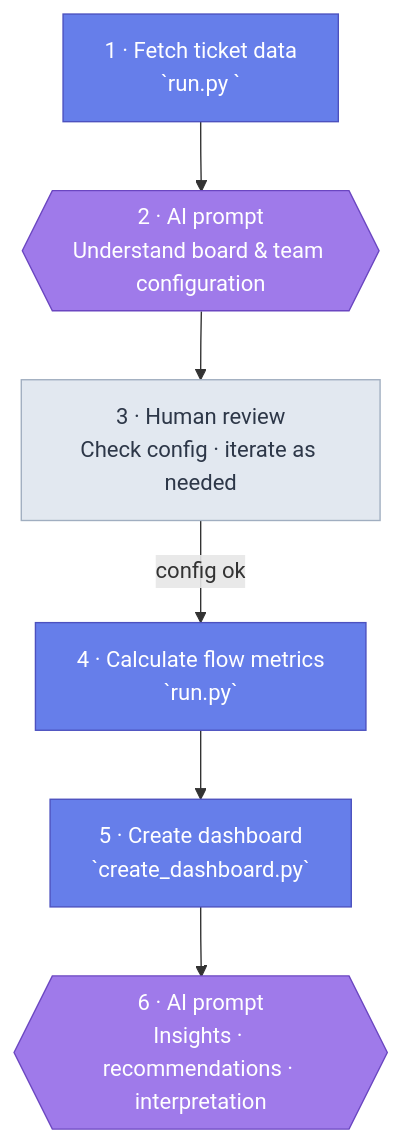
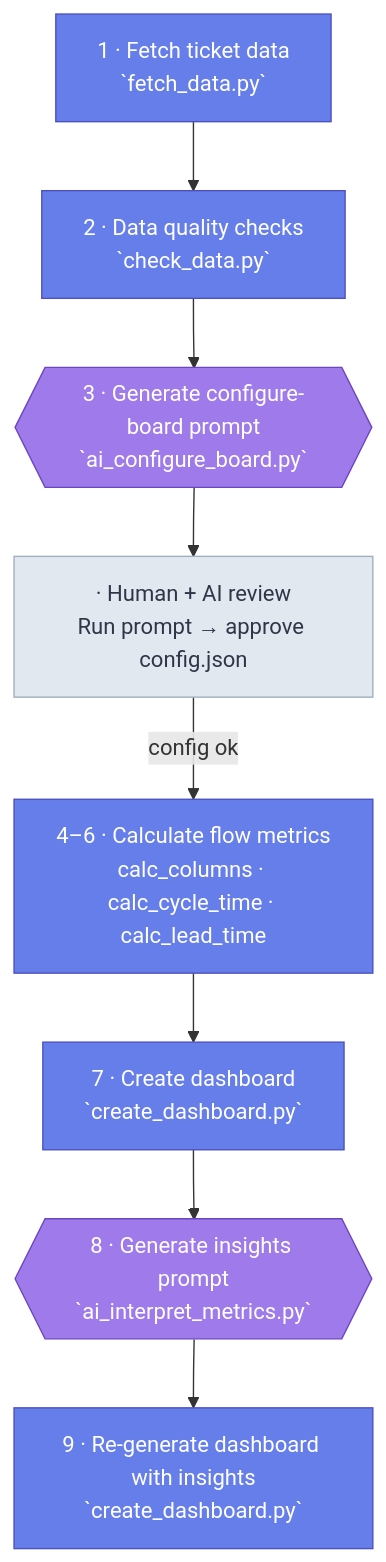
One commit to asos-davidmichel/ai-flow-metrics changed the diagram in README.md. Above: the diagram before and after it, drawn with Mermaid.

Commit message:
Fix README: update pipeline diagram to match 9-step table

````diff
--- a/README.md
+++ b/README.md
@@ -51,15 +51,17 @@
 ```mermaid
 flowchart TD
-  fetch["1 · Fetch ticket data\n`run.py <ADO board URL>`"]:::script
-  aiconf{{"2 · AI prompt\nUnderstand board & team configuration"}}:::humanai
-  review["3 · Human review\nCheck config · iterate as needed"]:::human
-  calc["4 · Calculate flow metrics\n`run.py`"]:::script
-  dash["5 · Create dashboard\n`create_dashboard.py`"]:::script
-  insights{{"6 · AI prompt\nInsights · recommendations · interpretation"}}:::humanai
+  fetch["1 · Fetch ticket data\n`fetch_data.py`"]:::script
+  check["2 · Data quality checks\n`check_data.py`"]:::script
+  aiconf{{"3 · Generate configure-board prompt\n`ai_configure_board.py`"}}:::humanai
+  review["· Human + AI review\nRun prompt → approve config.json"]:::human
+  calc["4–6 · Calculate flow metrics\ncalc_columns · calc_cycle_time · calc_lead_time"]:::script
+  dash["7 · Create dashboard\n`create_dashboard.py`"]:::script
+  insights{{"8 · Generate insights prompt\n`ai_interpret_metrics.py`"}}:::humanai
+  redash["9 · Re-generate dashboard with insights\n`create_dashboard.py`"]:::script
 
-  fetch --> aiconf --> review -->|"config ok"| calc --> dash --> insights
+  fetch --> check --> aiconf --> review -->|"config ok"| calc --> dash --> insights --> redash
 
   classDef script   fill:#667eea,color:#fff,stroke:#4c51bf
   classDef humanai  fill:#9f7aea,color:#fff,stroke:#6b46c1
   classDef human    fill:#e2e8f0,color:#2d3748,stroke:#a0aec0
 ```
````
